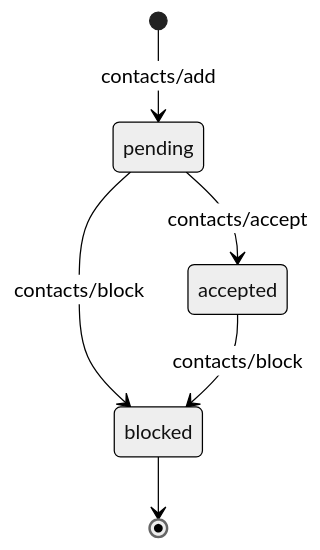
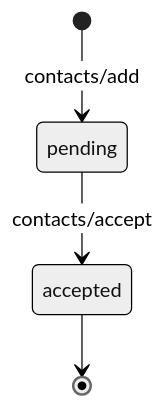
The diagram in docs/concepts/contacts.mdx (chughtapan/moltzap), drawn with Mermaid (neutral theme) before and after one commit. The commit also changed other lines of this file and 267 other files, not shown here.

````diff
--- a/docs/concepts/contacts.mdx
+++ b/docs/concepts/contacts.mdx
@@ -22,8 +23,6 @@
 ```mermaid
 stateDiagram-v2
     [*] --> pending: contacts/add
     pending --> accepted: contacts/accept
-    pending --> blocked: contacts/block
-    accepted --> blocked: contacts/block
-    blocked --> [*]
+    accepted --> [*]
 ```
````
